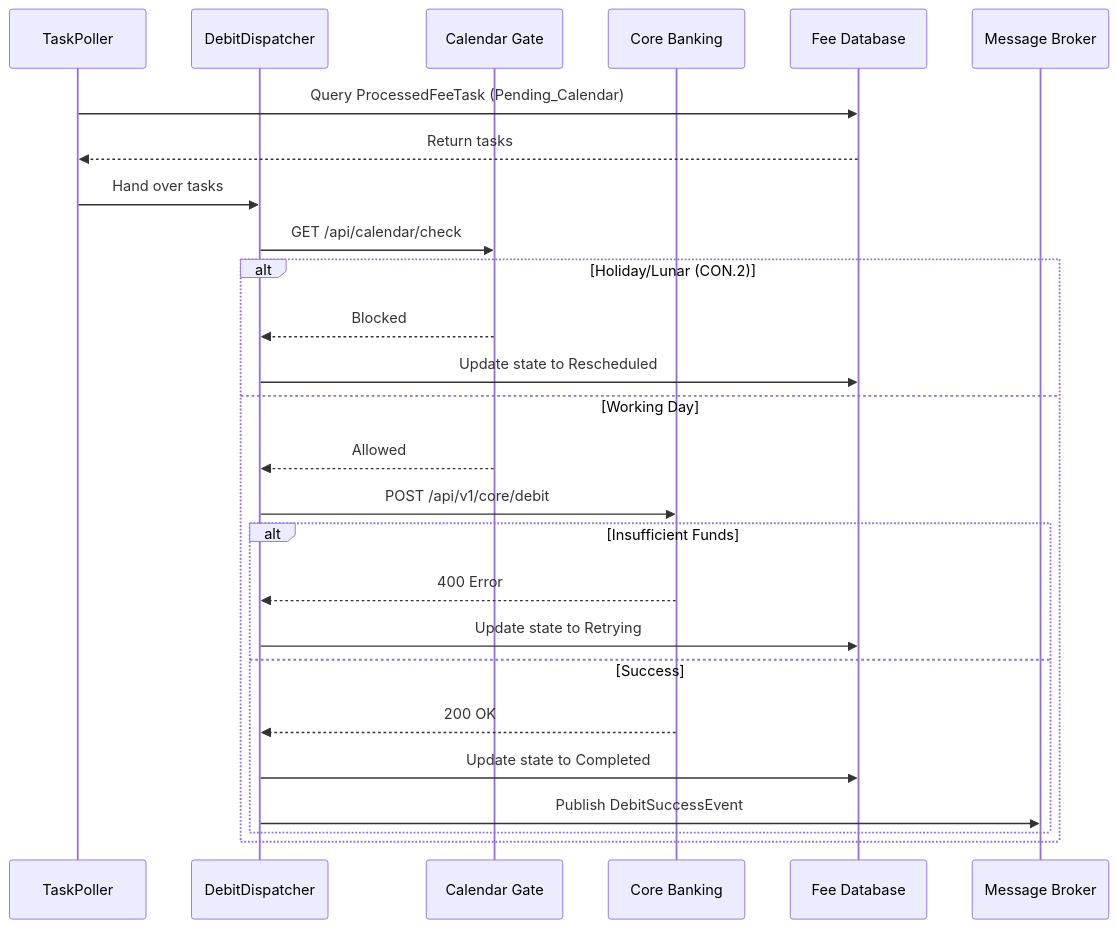
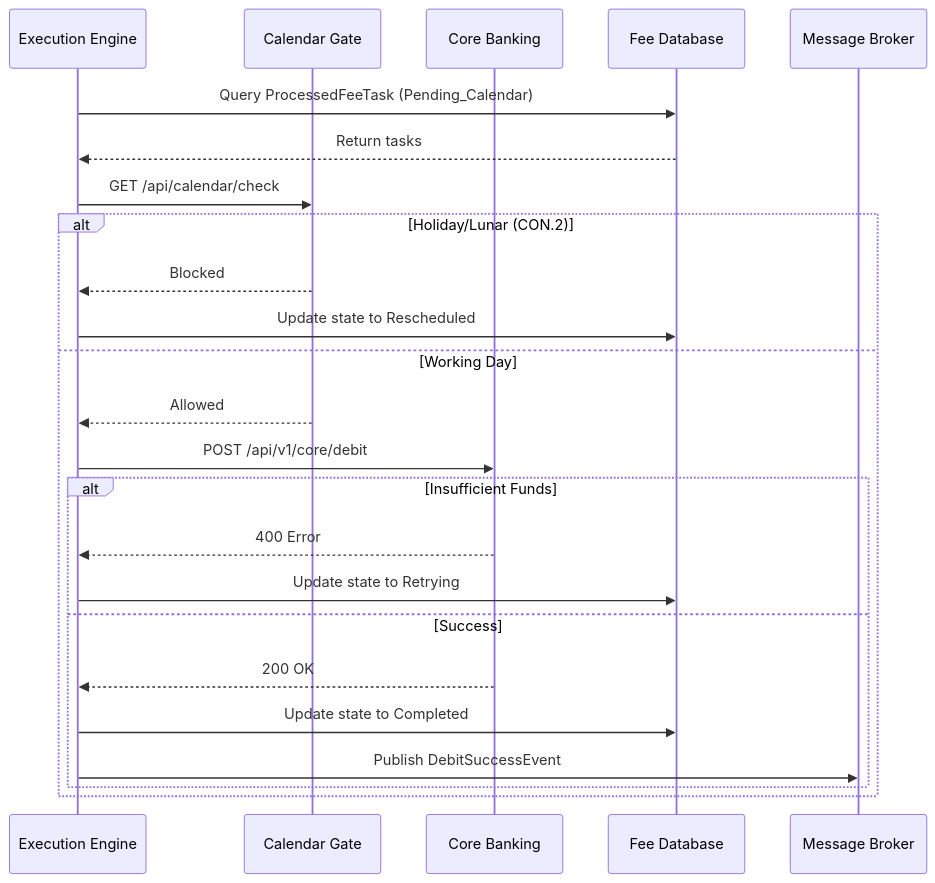
The fourth of 9 diagrams in lab5/Lab5_UML_Design.md (handuchome/uml), drawn with Mermaid before and after one commit. The commit also changed other lines of this file, not shown here.

Commit message:
lab 5, 6 update

````diff
--- a/lab5/Lab5_UML_Design.md
+++ b/lab5/Lab5_UML_Design.md
@@ -70,29 +71,27 @@
 ```mermaid
 sequenceDiagram
-    participant Poller as TaskPoller
-    participant Disp as DebitDispatcher
+    participant EE as Execution Engine
     participant Cal as Calendar Gate
     participant Core as Core Banking
     participant DB as Fee Database
     participant Broker as Message Broker
 
-    Poller->>DB: Query ProcessedFeeTask (Pending_Calendar)
-    DB-->>Poller: Return tasks
-    Poller->>Disp: Hand over tasks
-    Disp->>Cal: GET /api/calendar/check
+    EE->>DB: Query ProcessedFeeTask (Pending_Calendar)
+    DB-->>EE: Return tasks
+    EE->>Cal: GET /api/calendar/check
     alt Holiday/Lunar (CON.2)
-        Cal-->>Disp: Blocked
-        Disp->>DB: Update state to Rescheduled
+        Cal-->>EE: Blocked
+        EE->>DB: Update state to Rescheduled
     else Working Day
-        Cal-->>Disp: Allowed
-        Disp->>Core: POST /api/v1/core/debit
+        Cal-->>EE: Allowed
+        EE->>Core: POST /api/v1/core/debit
         alt Insufficient Funds
-            Core-->>Disp: 400 Error
-            Disp->>DB: Update state to Retrying
+            Core-->>EE: 400 Error
+            EE->>DB: Update state to Retrying
         else Success
-            Core-->>Disp: 200 OK
-            Disp->>DB: Update state to Completed
-            Disp->>Broker: Publish DebitSuccessEvent
+            Core-->>EE: 200 OK
+            EE->>DB: Update state to Completed
+            EE->>Broker: Publish DebitSuccessEvent
         end
     end
 ```
````
